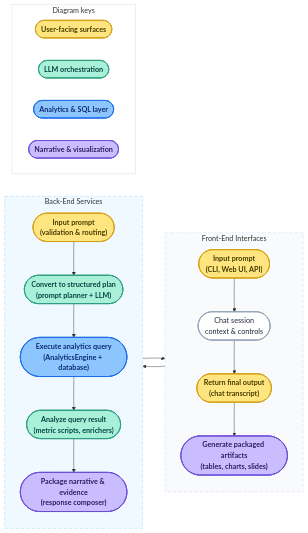
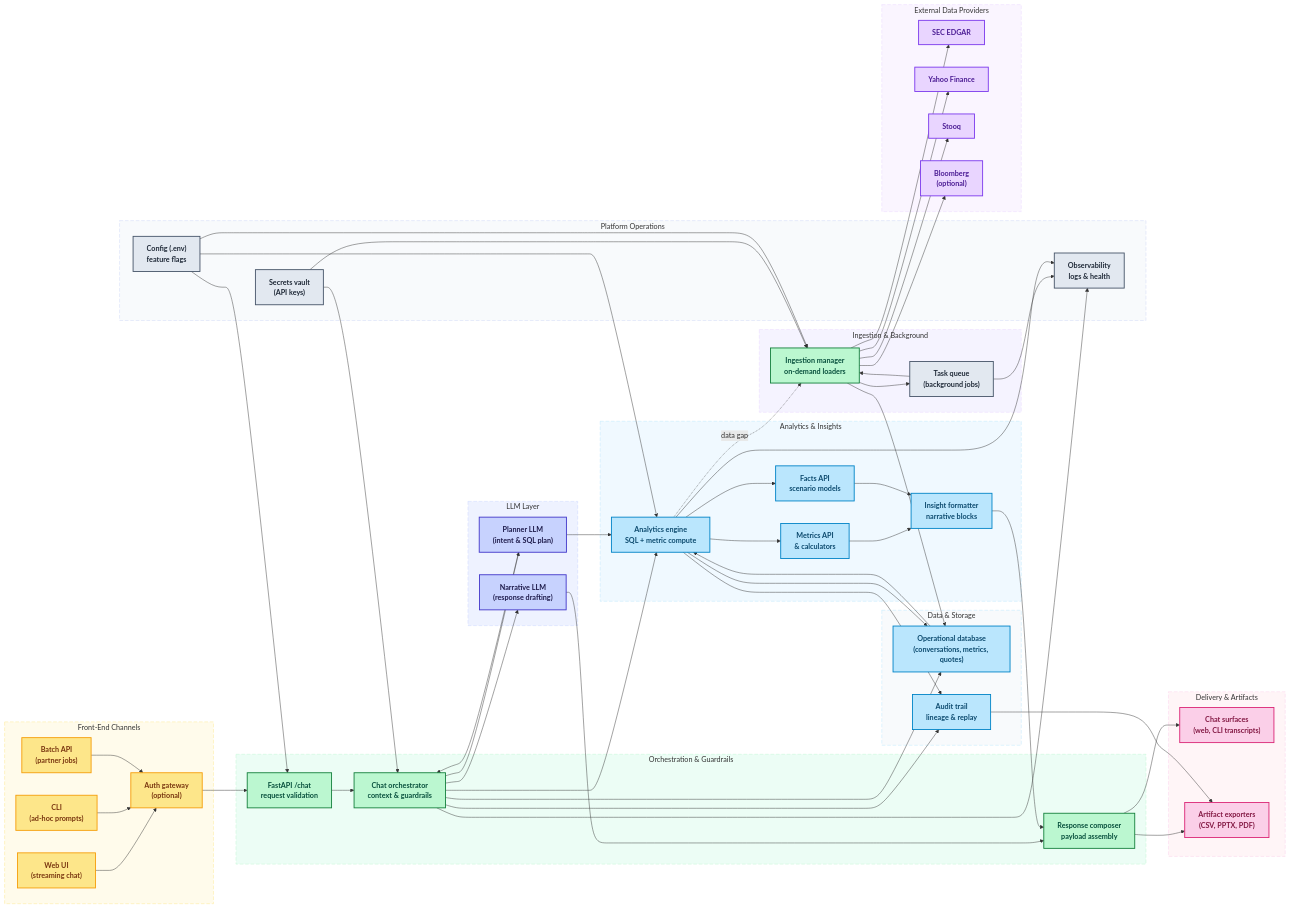
The diagram in docs/architecture.md (haniae/Team2-CBA-Project), drawn with Mermaid before and after one commit. The commit also changed other lines of this file and 1 other file, not shown here.

Commit message:
Update docs/architecture.md: Mermaid swim-lanes + legend

````diff
--- a/docs/architecture.md
+++ b/docs/architecture.md
@@ -5,46 +5,119 @@
 ```mermaid
 flowchart LR
-    classDef front fill:#ffe57f,stroke:#d4a017,stroke-width:2px,color:#463c00,font-weight:bold
-    classDef llm fill:#a8f0d8,stroke:#2f9e80,stroke-width:2px,color:#064340,font-weight:bold
-    classDef sql fill:#8dc5ff,stroke:#1d6ee6,stroke-width:2px,color:#0b2c72,font-weight:bold
-    classDef insight fill:#cabdff,stroke:#6d4dd7,stroke-width:2px,color:#2e1c62,font-weight:bold
-    classDef speech fill:#ffffff,stroke:#94a3b8,stroke-width:2px,color:#1f2937
+    %% Class definitions
+    classDef front fill:#fde68a,stroke:#f59e0b,stroke-width:2px,color:#78350f,font-weight:bold
+    classDef orchestrator fill:#bbf7d0,stroke:#15803d,stroke-width:2px,color:#064e3b,font-weight:bold
+    classDef llm fill:#c7d2fe,stroke:#4338ca,stroke-width:2px,color:#1e1b4b,font-weight:bold
+    classDef data fill:#bae6fd,stroke:#0284c7,stroke-width:2px,color:#0c4a6e,font-weight:bold
+    classDef ops fill:#e2e8f0,stroke:#475569,stroke-width:2px,color:#1f2937,font-weight:bold
+    classDef external fill:#e9d5ff,stroke:#7c3aed,stroke-width:2px,color:#4c1d95,font-weight:bold
+    classDef artifact fill:#fbcfe8,stroke:#db2777,stroke-width:2px,color:#831843,font-weight:bold
 
-    subgraph FrontEnd["Front-End Interfaces"]
-        direction TB
-        userPrompt(["Input prompt\n(CLI, Web UI, API)"]):::front
-        agentAvatar(["Chat session\ncontext & controls"]):::speech
-        renderOutput(["Return final output\n(chat transcript)"]):::front
-        publishArtifacts(["Generate packaged artifacts\n(tables, charts, slides)"]):::insight
+    subgraph FE["Front-End Channels"]
+        WebUI["Web UI\n(streaming chat)"]:::front
+        CLI["CLI\n(ad-hoc prompts)"]:::front
+        Batch["Batch API\n(partner jobs)"]:::front
+        Auth["Auth gateway\n(optional)"]:::front
     end
-    style FrontEnd fill:#f8fafc,stroke:#cbd5f5,stroke-dasharray:8 4
+    style FE fill:#fffbeb,stroke:#fde68a,stroke-dasharray:8 4
 
-    subgraph BackEnd["Back-End Services"]
-        direction TB
-        promptIngress(["Input prompt\n(validation & routing)"]):::front
-        planQuery(["Convert to structured plan\n(prompt planner + LLM)"]):::llm
-        runSQL(["Execute analytics query\n(AnalyticsEngine + database)"]):::sql
-        analyzeResults(["Analyze query result\n(metric scripts, enrichers)"]):::llm
-        packageReply(["Package narrative & evidence\n(response composer)"]):::insight
+    subgraph ORCH["Orchestration & Guardrails"]
+        Ingress["FastAPI /chat\nrequest validation"]:::orchestrator
+        Session["Chat orchestrator\ncontext & guardrails"]:::orchestrator
+        Composer["Response composer\npayload assembly"]:::orchestrator
     end
-    style BackEnd fill:#f0f9ff,stroke:#a5d8ff,stroke-dasharray:8 4
+    style ORCH fill:#ecfdf5,stroke:#bbf7d0,stroke-dasharray:8 4
 
-    userPrompt --> promptIngress
-    promptIngress --> planQuery
-    planQuery --> runSQL
-    runSQL --> analyzeResults
-    analyzeResults --> packageReply
-    packageReply --> renderOutput
-    renderOutput --> publishArtifacts
-    userPrompt --> agentAvatar
-    agentAvatar --> renderOutput
+    subgraph LLM["LLM Layer"]
+        Planner["Planner LLM\n(intent & SQL plan)"]:::llm
+        Generator["Narrative LLM\n(response drafting)"]:::llm
+    end
+    style LLM fill:#eef2ff,stroke:#c7d2fe,stroke-dasharray:8 4
 
-    subgraph Legend["Diagram keys"]
-        direction LR
-        keyFront(["User-facing surfaces"]):::front
-        keyPlanner(["LLM orchestration"]):::llm
-        keySQL(["Analytics & SQL layer"]):::sql
-        keyInsight(["Narrative & visualization"]):::insight
+    subgraph ANALYTICS["Analytics & Insights"]
+        Analytics["Analytics engine\nSQL + metric compute"]:::data
+        Metrics["Metrics API\n& calculators"]:::data
+        Facts["Facts API\nscenario models"]:::data
+        Insights["Insight formatter\nnarrative blocks"]:::data
     end
-    style Legend fill:#ffffff,stroke:#e2e8f0,stroke-width:1.5px
+    style ANALYTICS fill:#f0f9ff,stroke:#bae6fd,stroke-dasharray:8 4
+
+    subgraph DATA["Data & Storage"]
+        Database["Operational database\n(conversations, metrics, quotes)"]:::data
+        Audit["Audit trail\nlineage & replay"]:::data
+    end
+    style DATA fill:#f8fafc,stroke:#bae6fd,stroke-dasharray:8 4
+
+    subgraph INGEST["Ingestion & Background"]
+        Ingestion["Ingestion manager\non-demand loaders"]:::orchestrator
+        Queue["Task queue\n(background jobs)"]:::ops
+    end
+    style INGEST fill:#f5f3ff,stroke:#e9d5ff,stroke-dasharray:8 4
+
+    subgraph OPS["Platform Operations"]
+        Keyring["Secrets vault\n(API keys)"]:::ops
+        Config["Config (.env)\nfeature flags"]:::ops
+        Observability["Observability\nlogs & health"]:::ops
+    end
+    style OPS fill:#f8fafc,stroke:#cbd5f5,stroke-dasharray:8 4
+
+    subgraph ARTIFACT["Delivery & Artifacts"]
+        ChatSurface["Chat surfaces\n(web, CLI transcripts)"]:::artifact
+        Exporters["Artifact exporters\n(CSV, PPTX, PDF)"]:::artifact
+    end
+    style ARTIFACT fill:#fff5f7,stroke:#fbcfe8,stroke-dasharray:8 4
+
+    subgraph SOURCES["External Data Providers"]
+        Edgar["SEC EDGAR"]:::external
+        Yahoo["Yahoo Finance"]:::external
+        Stooq["Stooq"]:::external
+        Bloomberg["Bloomberg\n(optional)"]:::external
+    end
+    style SOURCES fill:#faf5ff,stroke:#e9d5ff,stroke-dasharray:8 4
+
+    WebUI --> Auth
+    CLI --> Auth
+    Batch --> Auth
+    Auth --> Ingress
+
+    Ingress --> Session
+    Session --> Planner
+    Planner --> Session
+    Session --> Generator
+    Generator --> Composer
+
+    Session --> Analytics
+    Planner --> Analytics
+    Analytics --> Metrics
+    Analytics --> Facts
+    Metrics --> Insights
+    Facts --> Insights
+    Insights --> Composer
+    Composer --> ChatSurface
+    Composer --> Exporters
+
+    Analytics --> Database
+    Database --> Analytics
+    Session --> Database
+    Session --> Audit
+    Analytics --> Audit
+    Audit --> Exporters
+
+    Analytics -. data gap .-> Ingestion
+    Ingestion --> Queue
+    Queue --> Ingestion
+    Ingestion --> Database
+    Ingestion --> Edgar
+    Ingestion --> Yahoo
+    Ingestion --> Stooq
+    Ingestion --> Bloomberg
+
+    Keyring --> Session
+    Keyring --> Ingestion
+    Config --> Ingress
+    Config --> Analytics
+    Config --> Ingestion
+    Queue --> Observability
+    Analytics --> Observability
+    Session --> Observability
 ```
````
